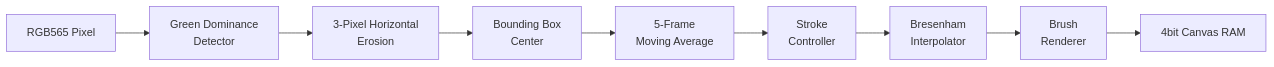
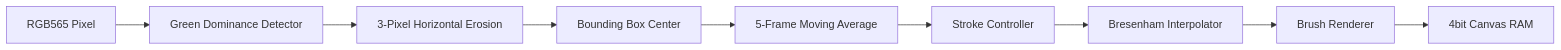
The second of 3 diagrams in README.md (Bourrasque-21/VGA_AIR_DRAWING), drawn with Mermaid before and after one commit. The commit also changed other lines of this file, not shown here.

Commit message:
docs: simplify Mermaid diagrams for compatibility

````diff
--- a/README.md
+++ b/README.md
@@ -123,11 +123,11 @@
 ```mermaid
 flowchart LR
-    PIX["RGB565 Pixel"] --> COLOR["Green Dominance<br/>Detector"]
-    COLOR --> ERODE["3-Pixel Horizontal<br/>Erosion"]
-    ERODE --> BBOX["Bounding Box<br/>Center"]
-    BBOX --> AVG["5-Frame<br/>Moving Average"]
-    AVG --> CTRL["Stroke<br/>Controller"]
-    CTRL --> BRES["Bresenham<br/>Interpolator"]
-    BRES --> BRUSH["Brush<br/>Renderer"]
+    PIX["RGB565 Pixel"] --> COLOR["Green Dominance Detector"]
+    COLOR --> ERODE["3-Pixel Horizontal Erosion"]
+    ERODE --> BBOX["Bounding Box Center"]
+    BBOX --> AVG["5-Frame Moving Average"]
+    AVG --> CTRL["Stroke Controller"]
+    CTRL --> BRES["Bresenham Interpolator"]
+    BRES --> BRUSH["Brush Renderer"]
     BRUSH --> RAM["4bit Canvas RAM"]
 ```
````
